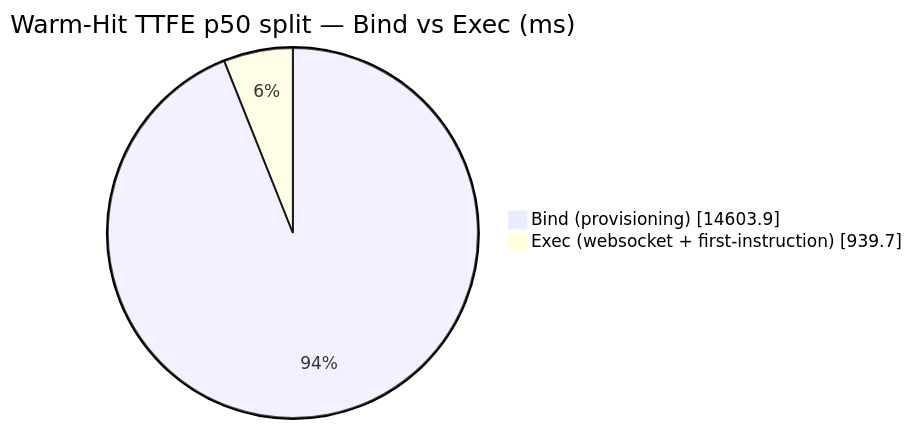
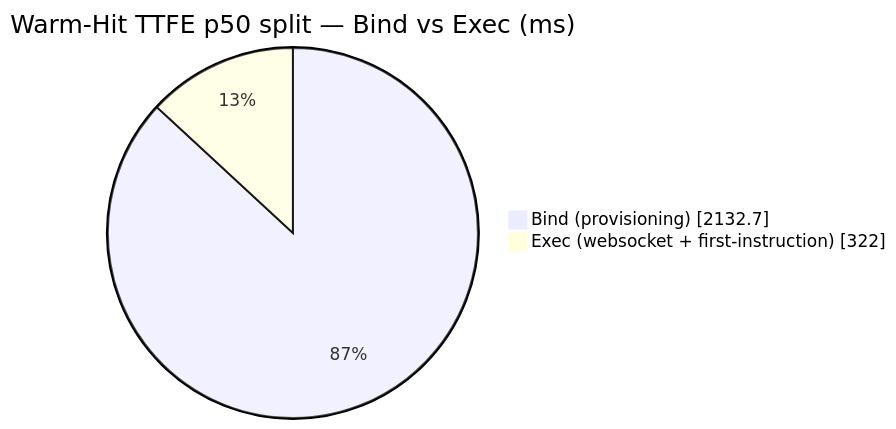
Before and after one commit to AlexBulankou/honest-bench: the diagram in DETAILS.md, drawn with Mermaid. The commit also changed other lines of this file and 4 other files, not shown here.

````diff
--- a/DETAILS.md
+++ b/DETAILS.md
@@ -107,6 +108,6 @@
 ```mermaid
 pie showData
     title Warm-Hit TTFE p50 split — Bind vs Exec (ms)
-    "Bind (provisioning)" : 14603.9
-    "Exec (websocket + first-instruction)" : 939.7
+    "Bind (provisioning)" : 2132.7
+    "Exec (websocket + first-instruction)" : 322.0
 ```
````
